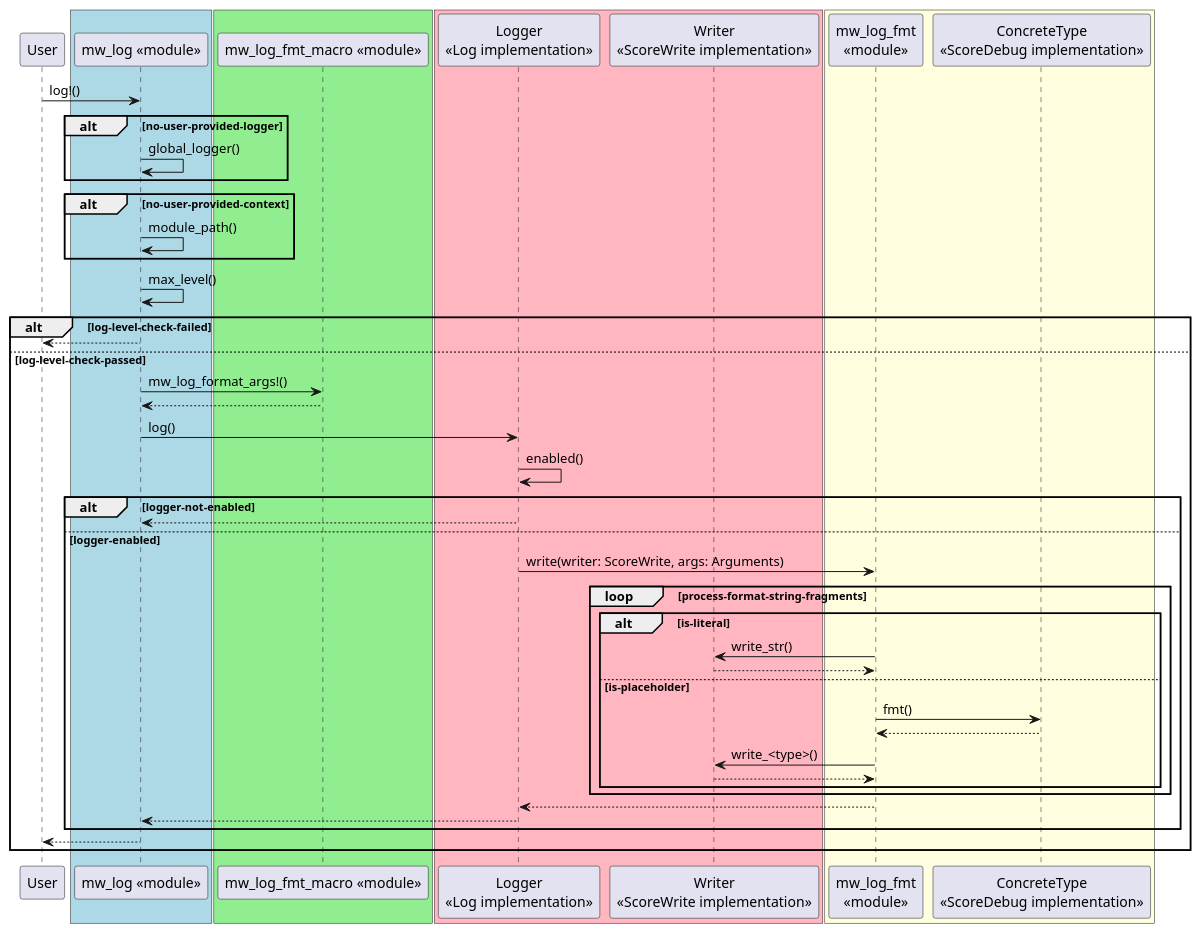
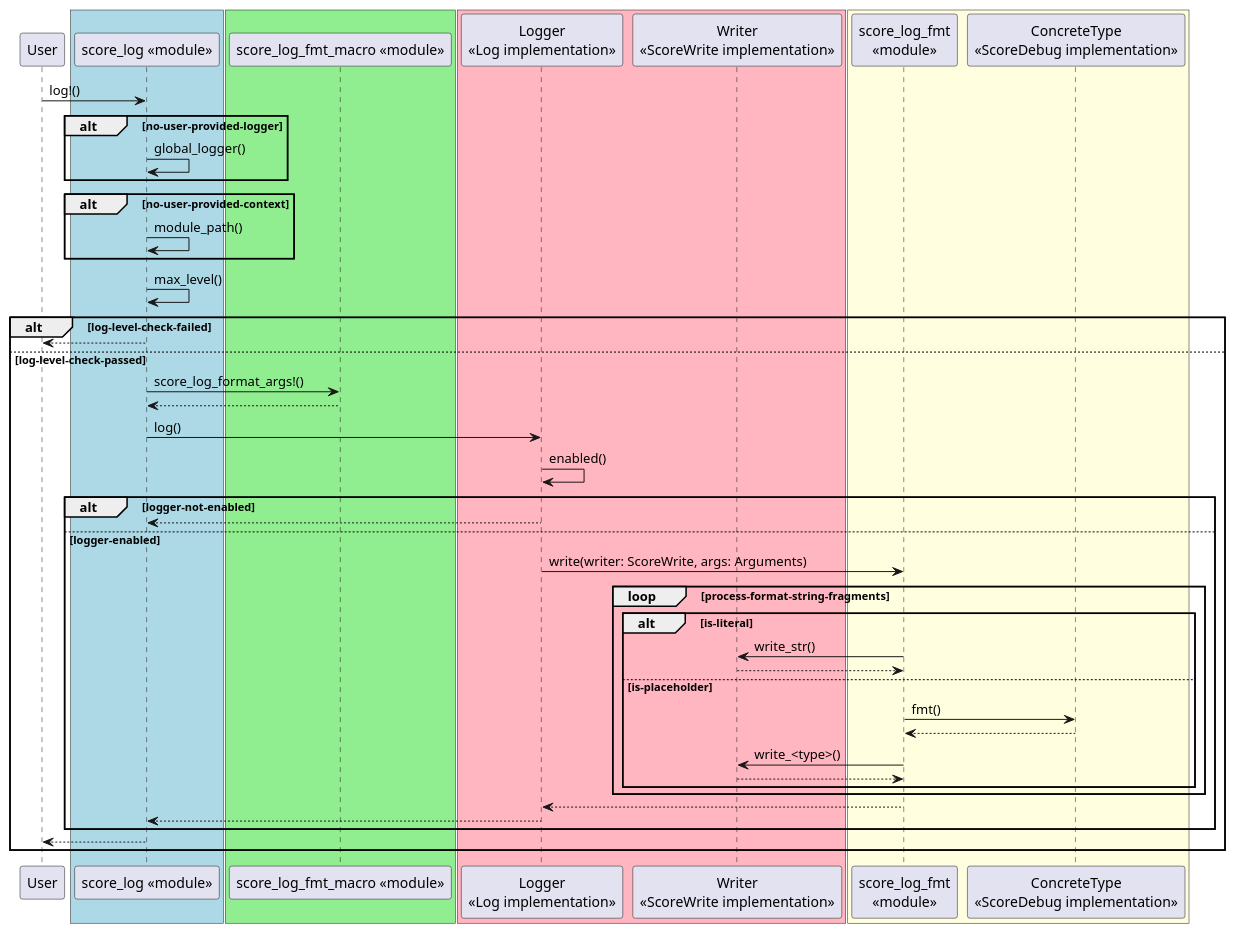
One commit to eclipse-score/baselibs_rust changed the diagram in docs/baselibs_rust/log/detailed_design/_assets/log_op.puml. Above: the diagram before and after it, drawn with PlantUML. The commit also changed 44 other files, not shown here.

First line of the commit message:
log: rename `mw_log` to `score_log`

```diff
--- a/docs/baselibs_rust/log/detailed_design/_assets/log_op.puml
+++ b/docs/baselibs_rust/log/detailed_design/_assets/log_op.puml
@@ -1,70 +1,70 @@
 @startuml log_op
 
 participant "User" as actor
 
 box #LightBlue
-participant "mw_log <<module>>" as mw_log
+participant "score_log <<module>>" as score_log
 end box
 
 box #LightGreen
-participant "mw_log_fmt_macro <<module>>" as mw_log_fmt_macro
+participant "score_log_fmt_macro <<module>>" as score_log_fmt_macro
 end box
 
 box #LightPink
 participant "Logger\n<<Log implementation>>" as logger
 participant "Writer\n<<ScoreWrite implementation>>" as writer
 end box
 
 box #LightYellow
-participant "mw_log_fmt\n<<module>>" as mw_log_fmt
+participant "score_log_fmt\n<<module>>" as score_log_fmt
 participant "ConcreteType\n<<ScoreDebug implementation>>" as score_debug
 end box
 
-actor -> mw_log : log!()
+actor -> score_log : log!()
 
 alt no-user-provided-logger
-    mw_log -> mw_log : global_logger()
+    score_log -> score_log : global_logger()
 end
 
 alt no-user-provided-context
-    mw_log -> mw_log : module_path()
+    score_log -> score_log : module_path()
 end
 
-mw_log -> mw_log : max_level()
+score_log -> score_log : max_level()
 
 alt log-level-check-failed
-    mw_log --> actor
+    score_log --> actor
 
 else log-level-check-passed
-    mw_log -> mw_log_fmt_macro : mw_log_format_args!()
-    mw_log_fmt_macro --> mw_log
+    score_log -> score_log_fmt_macro : score_log_format_args!()
+    score_log_fmt_macro --> score_log
 
-    mw_log -> logger : log()
+    score_log -> logger : log()
 
     logger -> logger : enabled()
 
     alt logger-not-enabled
-        logger --> mw_log
+        logger --> score_log
 
     else logger-enabled
-        logger -> mw_log_fmt : write(writer: ScoreWrite, args: Arguments)
+        logger -> score_log_fmt : write(writer: ScoreWrite, args: Arguments)
         loop process-format-string-fragments
             alt is-literal
-                mw_log_fmt -> writer : write_str()
-                writer --> mw_log_fmt
+                score_log_fmt -> writer : write_str()
+                writer --> score_log_fmt
             else is-placeholder
-                mw_log_fmt -> score_debug : fmt()
-                score_debug --> mw_log_fmt
+                score_log_fmt -> score_debug : fmt()
+                score_debug --> score_log_fmt
 
-                mw_log_fmt -> writer : write_<type>()
-                writer --> mw_log_fmt
+                score_log_fmt -> writer : write_<type>()
+                writer --> score_log_fmt
             end
         end
 
-        mw_log_fmt --> logger
-        logger --> mw_log
+        score_log_fmt --> logger
+        logger --> score_log
     end
-    mw_log --> actor
+    score_log --> actor
 end
 
 @enduml
```
